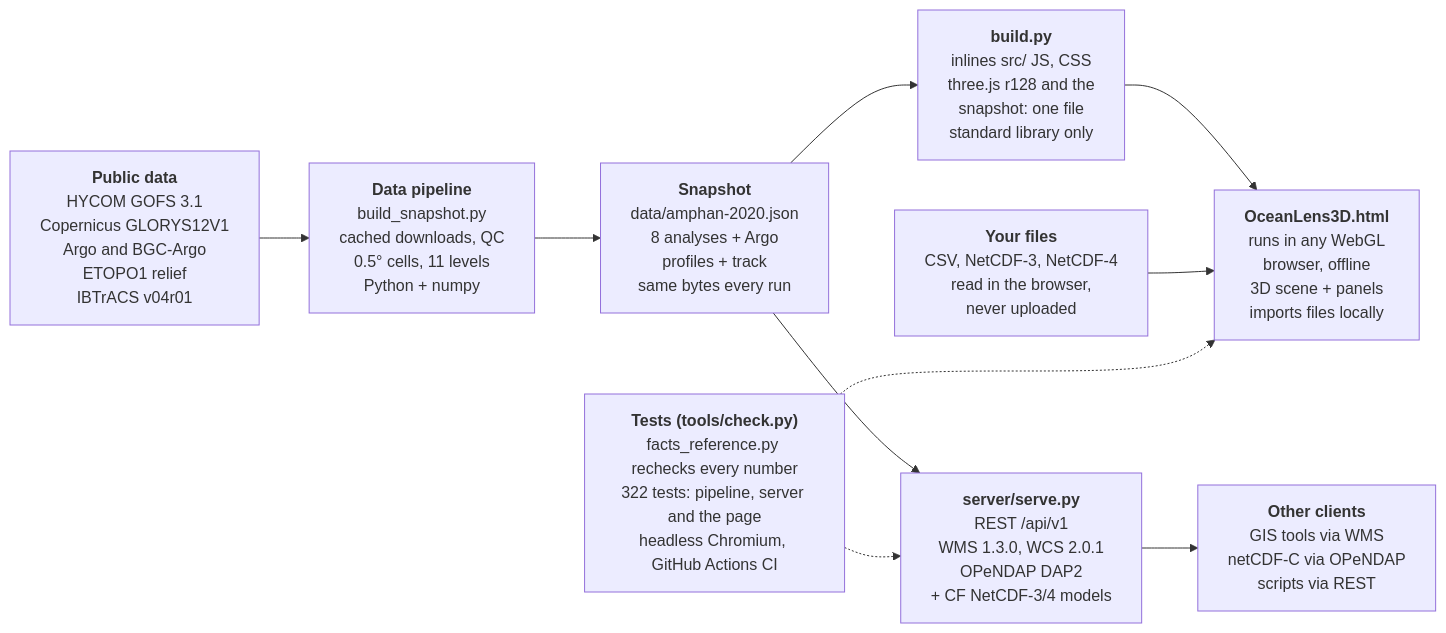
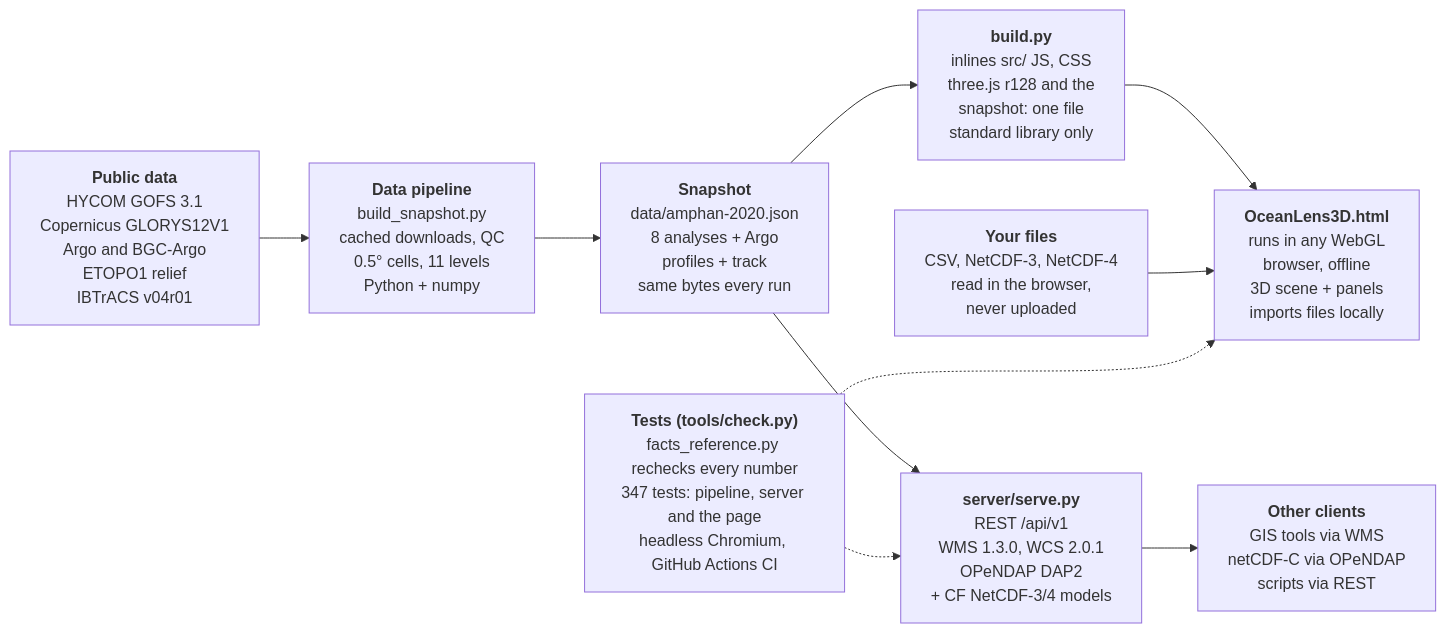
The second of 2 diagrams in docs/PRESENTER_GUIDE.md (Rehaan15790/OceanLens-3D), drawn with Mermaid before and after one commit. The commit also changed other lines of this file and 6 other files, not shown here.

````diff
--- a/docs/PRESENTER_GUIDE.md
+++ b/docs/PRESENTER_GUIDE.md
@@ -306,17 +306,17 @@
 ```mermaid
 flowchart LR
   SRC["<b>Public data</b><br/>HYCOM GOFS 3.1<br/>Copernicus GLORYS12V1<br/>Argo and BGC-Argo<br/>ETOPO1 relief<br/>IBTrACS v04r01"]
   PIPE["<b>Data pipeline</b><br/>build_snapshot.py<br/>cached downloads, QC<br/>0.5° cells, 11 levels<br/>Python + numpy"]
   SNAP["<b>Snapshot</b><br/>data/amphan-2020.json<br/>8 analyses + Argo<br/>profiles + track<br/>same bytes every run"]
   BUILD["<b>build.py</b><br/>inlines src/ JS, CSS<br/>three.js r128 and the<br/>snapshot: one file<br/>standard library only"]
   APP["<b>OceanLens3D.html</b><br/>runs in any WebGL<br/>browser, offline<br/>3D scene + panels<br/>imports files locally"]
   SRV["<b>server/serve.py</b><br/>REST /api/v1<br/>WMS 1.3.0, WCS 2.0.1<br/>OPeNDAP DAP2<br/>+ CF NetCDF-3/4 models"]
   CLI["<b>Other clients</b><br/>GIS tools via WMS<br/>netCDF-C via OPeNDAP<br/>scripts via REST"]
   FILES["<b>Your files</b><br/>CSV, NetCDF-3, NetCDF-4<br/>read in the browser,<br/>never uploaded"]
-  TESTS["<b>Tests (tools/check.py)</b><br/>facts_reference.py rechecks every number<br/>322 tests: pipeline, server and the page<br/>headless Chromium, GitHub Actions CI"]
+  TESTS["<b>Tests (tools/check.py)</b><br/>facts_reference.py rechecks every number<br/>347 tests: pipeline, server and the page<br/>headless Chromium, GitHub Actions CI"]
   SRC --> PIPE --> SNAP --> BUILD --> APP
   SNAP --> SRV --> CLI
   FILES --> APP
   TESTS -.-> SRV
   TESTS -.-> APP
 ```
````
